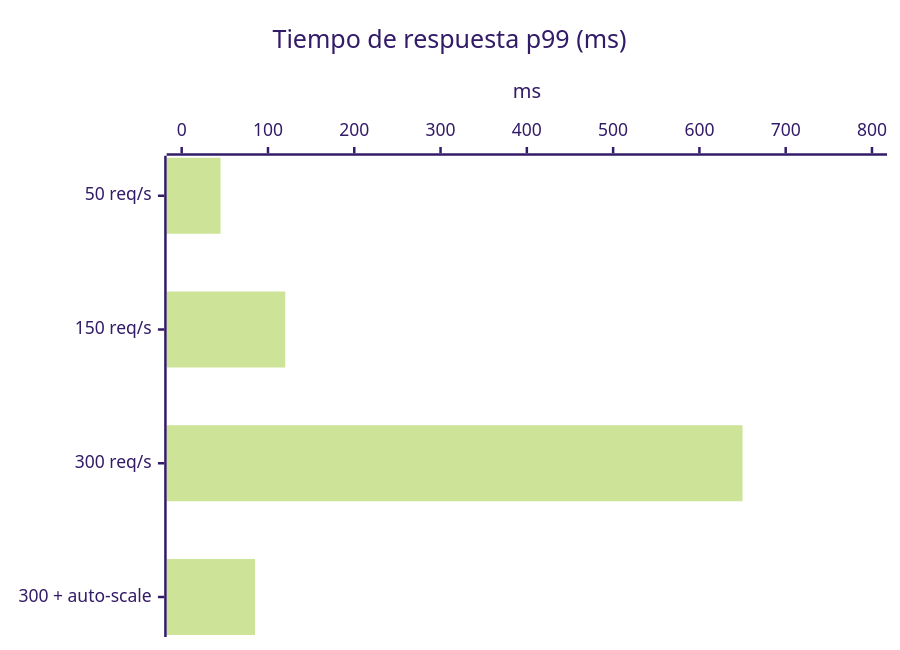
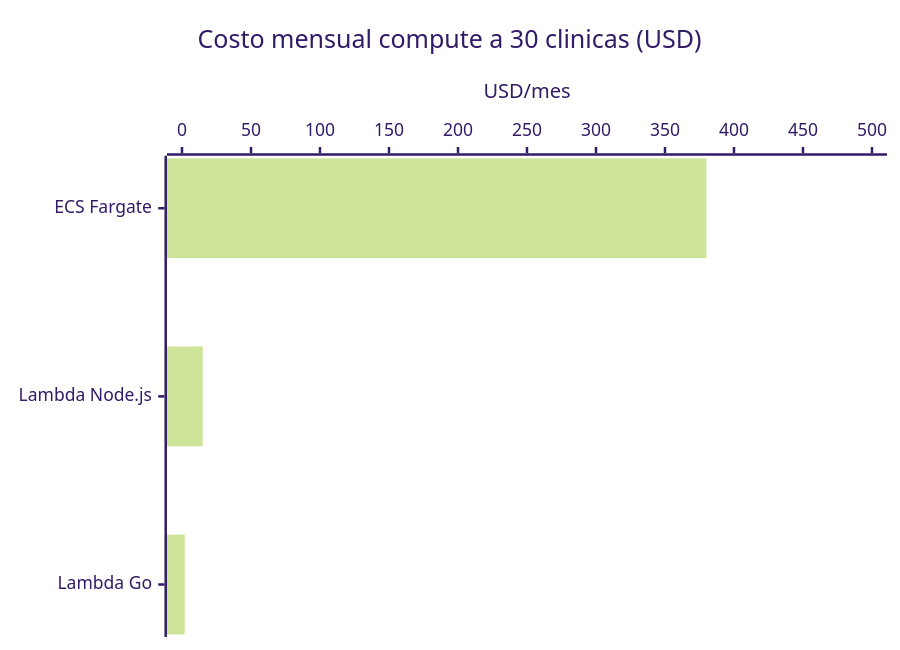
Before and after one commit to gmeono94/nua-salud-panel: diagram 17 of 20 in README.md, drawn with Mermaid (forest theme). The commit also changed other lines of this file, not shown here.

First line of the commit message:
docs: comprehensive README rewrite with CTO-level architecture decisions

````diff
--- a/README.md
+++ b/README.md
@@ -794,7 +882,7 @@
 ```mermaid
 xychart-beta horizontal
-    title "Tiempo de respuesta p99 (ms)"
-    x-axis ["50 req/s", "150 req/s", "300 req/s", "300 + auto-scale"]
-    y-axis "ms" 0 --> 800
-    bar [45, 120, 650, 85]
+    title "Costo mensual compute a 30 clinicas (USD)"
+    x-axis ["ECS Fargate", "Lambda Node.js", "Lambda Go"]
+    y-axis "USD/mes" 0 --> 500
+    bar [380, 15, 2]
 ```
````
